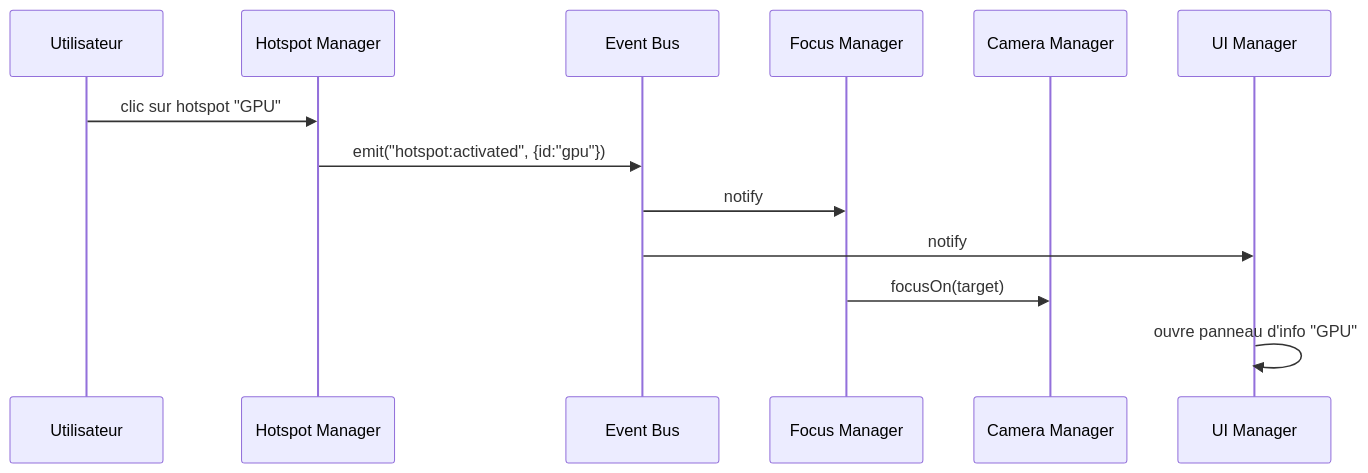
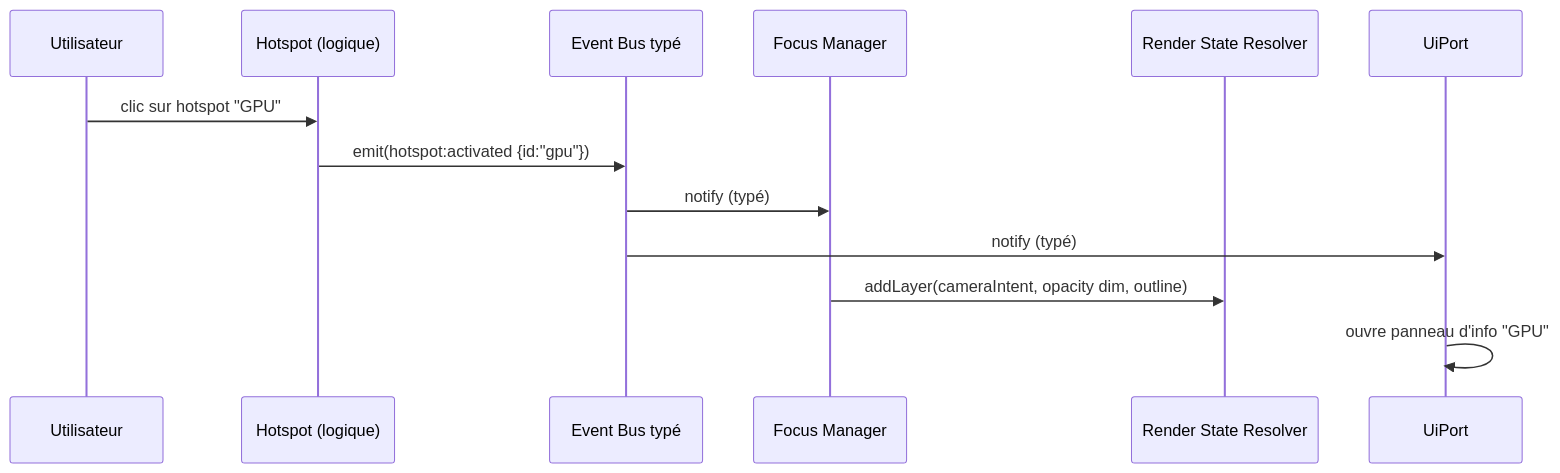
One commit to GabMDA/explorer-engine changed the third of 4 diagrams in docs/02-architecture-generale.md. Above: the diagram before and after it, drawn with Mermaid. The commit also changed other lines of this file and 1 other file, not shown here.

First line of the commit message:
docs: split headless core from UI adapters and fix dependency graph

````diff
--- a/docs/02-architecture-generale.md
+++ b/docs/02-architecture-generale.md
@@ -57,15 +122,15 @@
 ```mermaid
 sequenceDiagram
     participant U as Utilisateur
-    participant HOT as Hotspot Manager
-    participant BUS as Event Bus
+    participant HOT as Hotspot (logique)
+    participant BUS as Event Bus typé
     participant FOCUS as Focus Manager
-    participant CAM as Camera Manager
-    participant UI as UI Manager
+    participant RSR as Render State Resolver
+    participant UI as UiPort
     U->>HOT: clic sur hotspot "GPU"
-    HOT->>BUS: emit("hotspot:activated", {id:"gpu"})
-    BUS->>FOCUS: notify
-    BUS->>UI: notify
-    FOCUS->>CAM: focusOn(target)
+    HOT->>BUS: emit(hotspot:activated {id:"gpu"})
+    BUS->>FOCUS: notify (typé)
+    BUS->>UI: notify (typé)
+    FOCUS->>RSR: addLayer(cameraIntent, opacity dim, outline)
     UI->>UI: ouvre panneau d'info "GPU"
 ```
````
